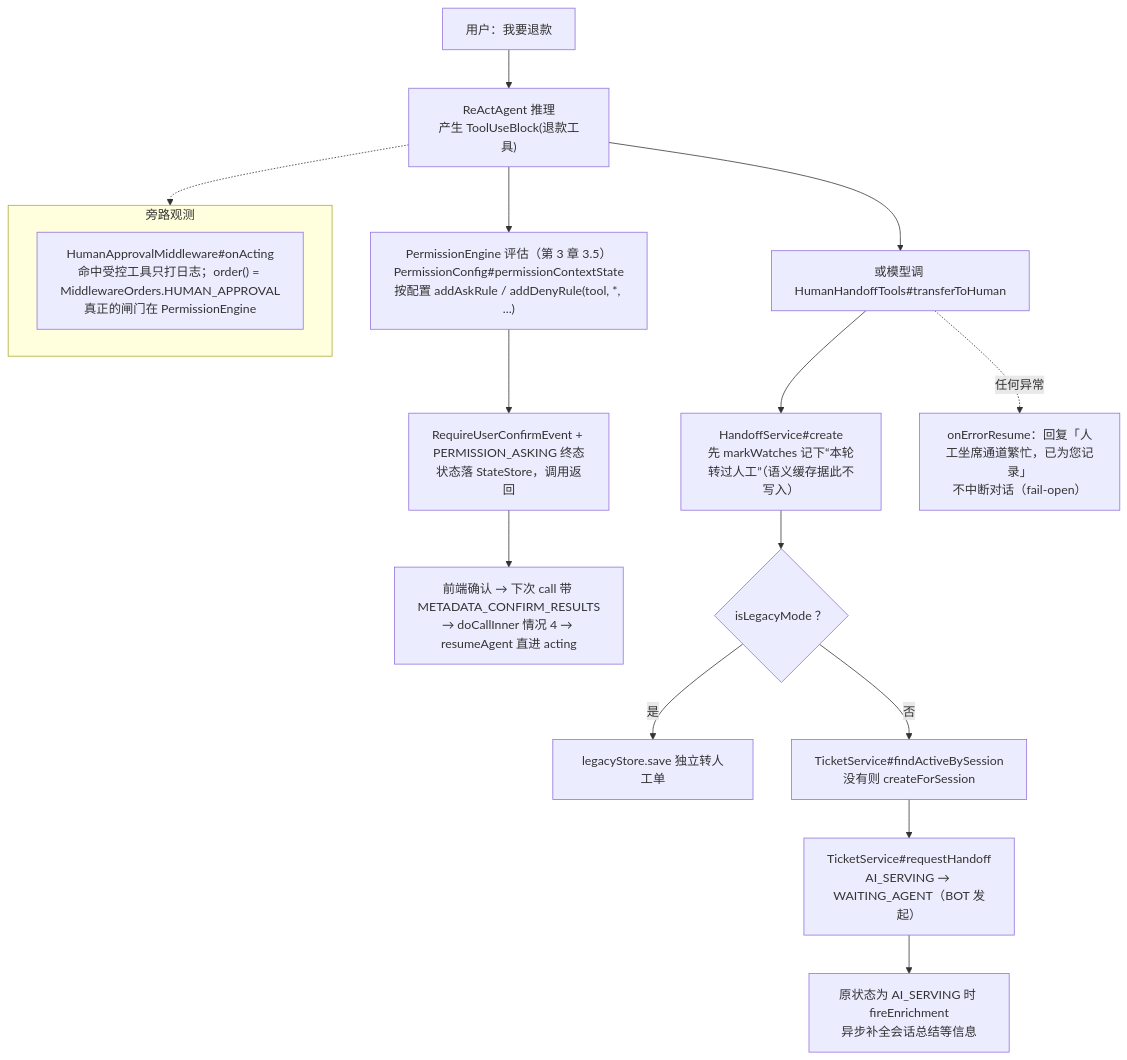
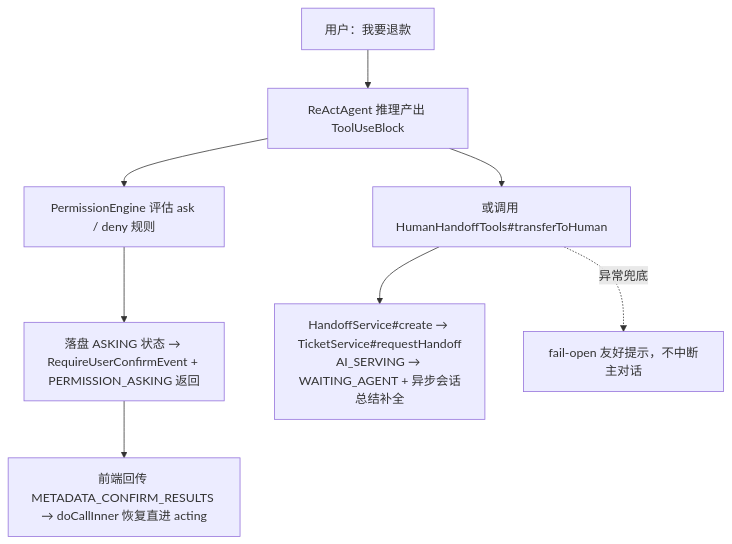
The fifth of 8 diagrams in 09-customer_work场景全景映射.md (liulangjietou/AgentScope-source-analysis), drawn with Mermaid before and after one commit. The commit also changed other lines of this file and 14 other files, not shown here.

````diff
--- a/09-customer_work场景全景映射.md
+++ b/09-customer_work场景全景映射.md
@@ -184,19 +145,10 @@
 ```mermaid
 flowchart TB
-    U["用户：我要退款"] --> AGENT["ReActAgent 推理<br/>产生 ToolUseBlock(退款工具)"]
-    AGENT --> PERM["PermissionEngine 评估（第 3 章 3.5）<br/>PermissionConfig#permissionContextState<br/>按配置 addAskRule / addDenyRule(tool, *, ...)"]
-    PERM --> ASKED["RequireUserConfirmEvent + PERMISSION_ASKING 终态<br/>状态落 StateStore，调用返回"]
-    ASKED --> CONFIRM["前端确认 → 下次 call 带 METADATA_CONFIRM_RESULTS<br/>→ doCallInner 情况 4 → resumeAgent 直进 acting"]
-    AGENT --> HAND["或模型调 HumanHandoffTools#transferToHuman"]
-    HAND --> HS["HandoffService#create<br/>先 markWatches 记下“本轮转过人工”（语义缓存据此不写入）"]
-    HS --> LEG{"isLegacyMode ？"}
-    LEG -->|"是"| LS["legacyStore.save 独立转人工单"]
-    LEG -->|"否"| TK["TicketService#findActiveBySession<br/>没有则 createForSession"]
-    TK --> RH["TicketService#requestHandoff<br/>AI_SERVING → WAITING_AGENT（BOT 发起）"]
-    RH --> EN["原状态为 AI_SERVING 时 fireEnrichment<br/>异步补全会话总结等信息"]
-    HAND -.->|"任何异常"| BUSY["onErrorResume：回复「人工坐席通道繁忙，已为您记录」<br/>不中断对话（fail-open）"]
-    subgraph OBS["旁路观测"]
-        HAM["HumanApprovalMiddleware#onActing<br/>命中受控工具只打日志；order() = MiddlewareOrders.HUMAN_APPROVAL<br/>真正的闸门在 PermissionEngine"]
-    end
-    AGENT -.-> OBS
+    U["用户：我要退款"] --> AGENT["ReActAgent 推理产出 ToolUseBlock"]
+    AGENT --> PERM["PermissionEngine 评估 ask / deny 规则"]
+    PERM --> ASKED["落盘 ASKING 状态 → RequireUserConfirmEvent + PERMISSION_ASKING 返回"]
+    ASKED --> CONFIRM["前端回传 METADATA_CONFIRM_RESULTS → doCallInner 恢复直进 acting"]
+    AGENT --> HAND["或调用 HumanHandoffTools#transferToHuman"]
+    HAND --> HS["HandoffService#create → TicketService#requestHandoff<br/>AI_SERVING → WAITING_AGENT + 异步会话总结补全"]
+    HAND -.->|"异常兜底"| BUSY["fail-open 友好提示，不中断主对话"]
 ```
````
